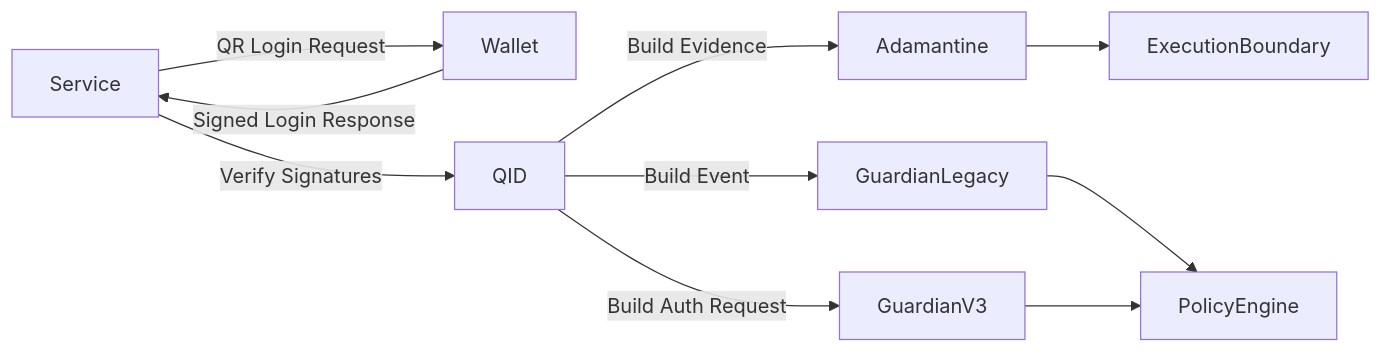
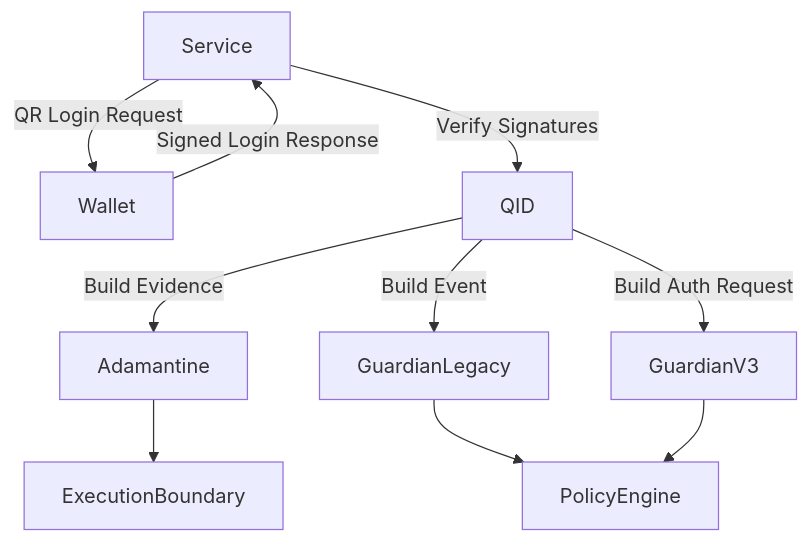
The diagram in README.md (DarekDGB/DigiByte-Q-ID), drawn with Mermaid before and after one commit. The commit also changed other lines of this file, not shown here.

````diff
--- a/README.md
+++ b/README.md
@@ -30,12 +32,12 @@
 ```mermaid
-flowchart LR
+flowchart TD
     Service -->|QR Login Request| Wallet
     Wallet -->|Signed Login Response| Service
     Service -->|Verify Signatures| QID
     QID -->|Build Evidence| Adamantine
     QID -->|Build Event| GuardianLegacy
     QID -->|Build Auth Request| GuardianV3
     Adamantine --> ExecutionBoundary
     GuardianLegacy --> PolicyEngine
     GuardianV3 --> PolicyEngine
 ```
````
